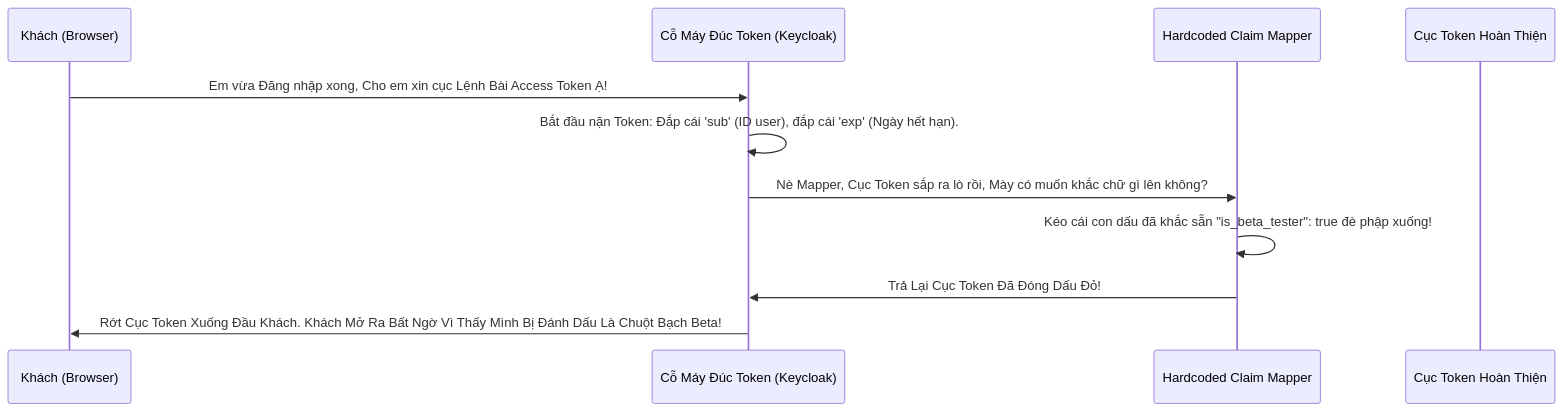
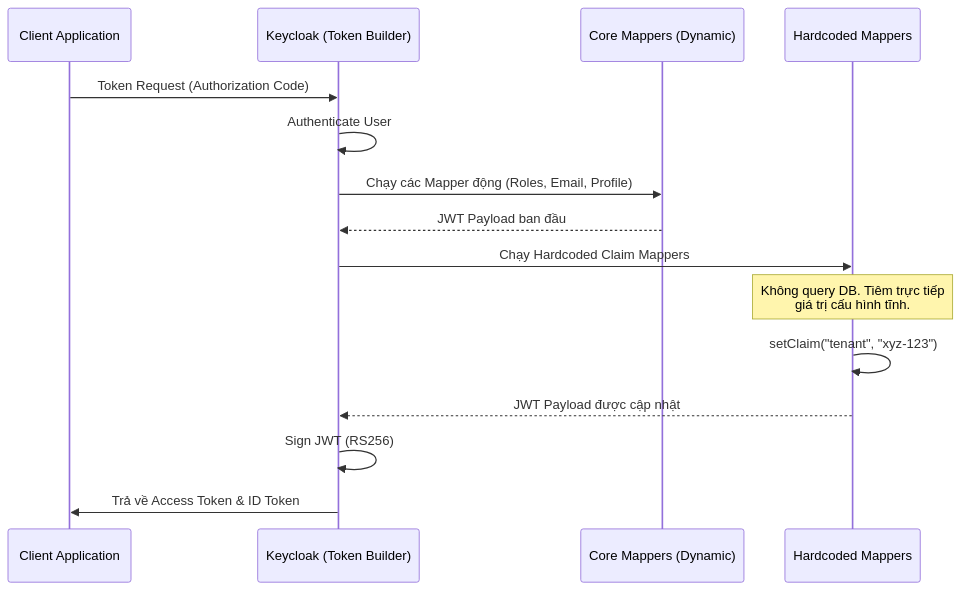
The diagram in 29-Advanced-Mappers/Module-1-Concepts/Lesson-2-Hardcoded-Claims.md (Luckyy0/keycloak), drawn with Mermaid before and after one commit. The commit also changed other lines of this file and 215 other files, not shown here.

````diff
--- a/29-Advanced-Mappers/Module-1-Concepts/Lesson-2-Hardcoded-Claims.md
+++ b/29-Advanced-Mappers/Module-1-Concepts/Lesson-2-Hardcoded-Claims.md
@@ -30,16 +20,18 @@
 ```mermaid
 sequenceDiagram
-    participant User as Khách (Browser)
-    participant KC as Cỗ Máy Đúc Token (Keycloak)
-    participant Mapper as Hardcoded Claim Mapper
-    participant JWT as Cục Token Hoàn Thiện
-    
-    User->>KC: Em vừa Đăng nhập xong, Cho em xin cục Lệnh Bài Access Token Ạ!
-    KC->>KC: Bắt đầu nặn Token: Đắp cái 'sub' (ID user), đắp cái 'exp' (Ngày hết hạn).
-    
-    KC->>Mapper: Nè Mapper, Cục Token sắp ra lò rồi, Mày có muốn khắc chữ gì lên không?
-    Mapper->>Mapper: Kéo cái con dấu đã khắc sẵn "is_beta_tester": true đè phập xuống!
-    
-    Mapper->>KC: Trả Lại Cục Token Đã Đóng Dấu Đỏ!
-    KC->>User: Rớt Cục Token Xuống Đầu Khách. Khách Mở Ra Bất Ngờ Vì Thấy Mình Bị Đánh Dấu Là Chuột Bạch Beta!
+    participant App as Client Application
+    participant KC as Keycloak (Token Builder)
+    participant Core as Core Mappers (Dynamic)
+    participant HC as Hardcoded Mappers
+
+    App->>KC: Token Request (Authorization Code)
+    KC->>KC: Authenticate User
+    KC->>Core: Chạy các Mapper động (Roles, Email, Profile)
+    Core-->>KC: JWT Payload ban đầu
+    KC->>HC: Chạy Hardcoded Claim Mappers
+    Note over HC: Không query DB. Tiêm trực tiếp<br/>giá trị cấu hình tĩnh.
+    HC->>HC: setClaim("tenant", "xyz-123")
+    HC-->>KC: JWT Payload được cập nhật
+    KC->>KC: Sign JWT (RS256)
+    KC->>App: Trả về Access Token & ID Token
 ```
````
